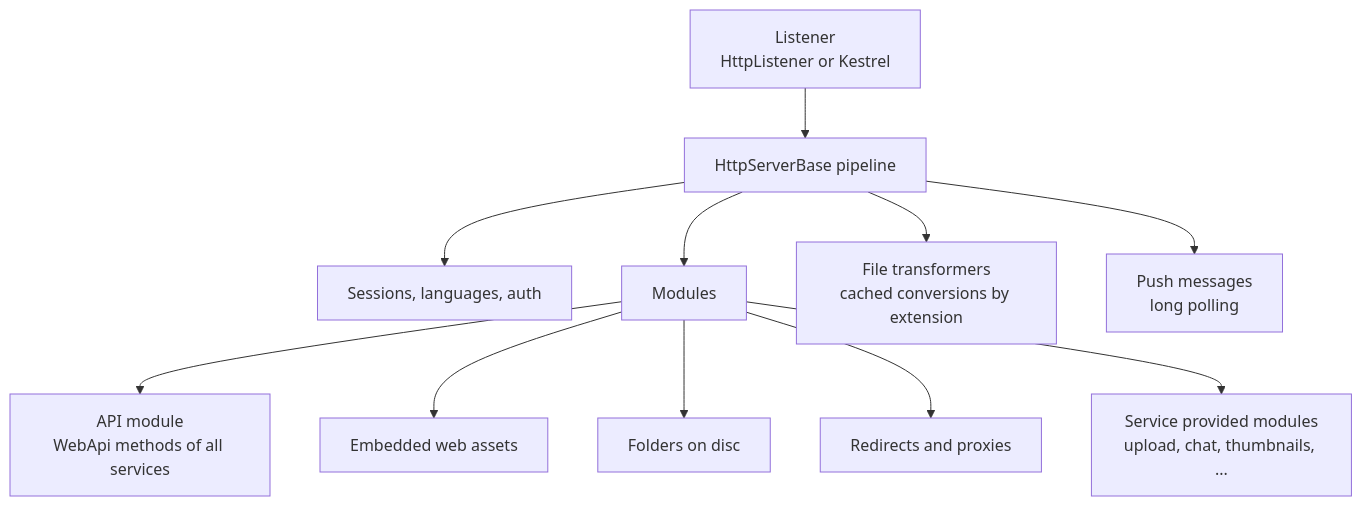
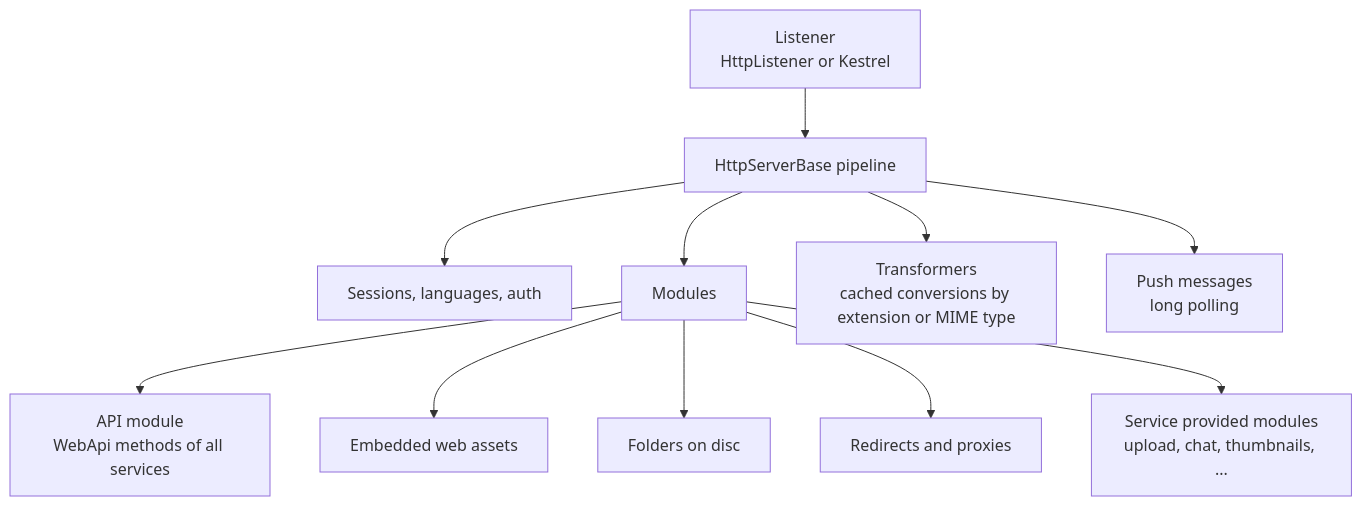
Before and after one commit to dosh1974/SysWeaver: the first of 2 diagrams in SysWeaver.HttpServer/README.md, drawn with Mermaid. The commit also changed other lines of this file and 532 other files, not shown here.

````diff
--- a/SysWeaver.HttpServer/README.md
+++ b/SysWeaver.HttpServer/README.md
@@ -18,13 +18,13 @@
 ```mermaid
 flowchart TB
   Listener["Listener<br/>HttpListener or Kestrel"] --> Base["HttpServerBase pipeline"]
   Base --> Sess["Sessions, languages, auth"]
   Base --> Mods["Modules"]
   Mods --> ApiM["API module<br/>WebApi methods of all services"]
   Mods --> Static["Embedded web assets"]
   Mods --> Disc["Folders on disc"]
   Mods --> Redir["Redirects and proxies"]
   Mods --> Other["Service provided modules<br/>upload, chat, thumbnails, ..."]
-  Base --> Trans["File transformers<br/>cached conversions by extension"]
+  Base --> Trans["Transformers<br/>cached conversions by extension or MIME type"]
   Base --> Push["Push messages<br/>long polling"]
 ```
````
